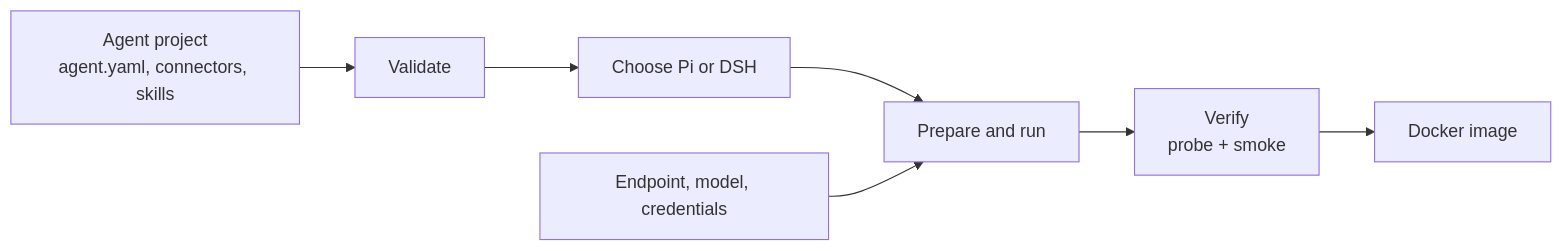
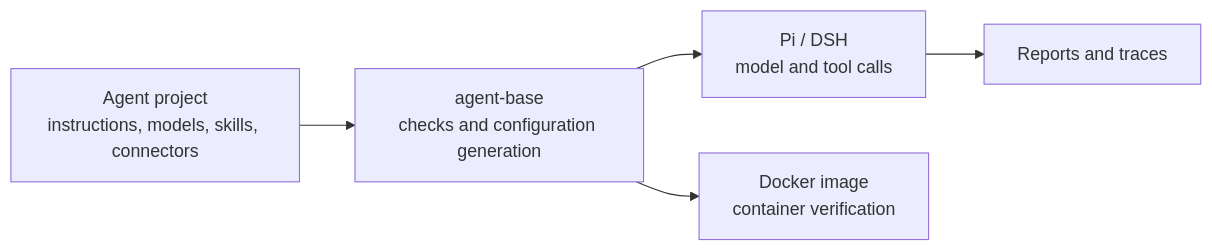
The diagram in README.md (uukuguy/agent-base), drawn with Mermaid before and after one commit. The commit also changed other lines of this file and 1 other file, not shown here.

Commit message:
Reframe README around agent projects

````diff
--- a/README.md
+++ b/README.md
@@ -129,9 +130,7 @@
 ```mermaid
 flowchart LR
-  A[Agent project\nagent.yaml, connectors, skills] --> B[Validate]
-  B --> C[Choose Pi or DSH]
-  C --> D[Prepare and run]
-  D --> E[Verify\nprobe + smoke]
-  E --> F[Docker image]
-  G[Endpoint, model, credentials] --> D
+  A[Agent project<br/>instructions, models, skills, connectors] --> B[agent-base<br/>checks and configuration generation]
+  B --> C[Pi / DSH<br/>model and tool calls]
+  C --> D[Reports and traces]
+  B --> E[Docker image<br/>container verification]
 ```
````
